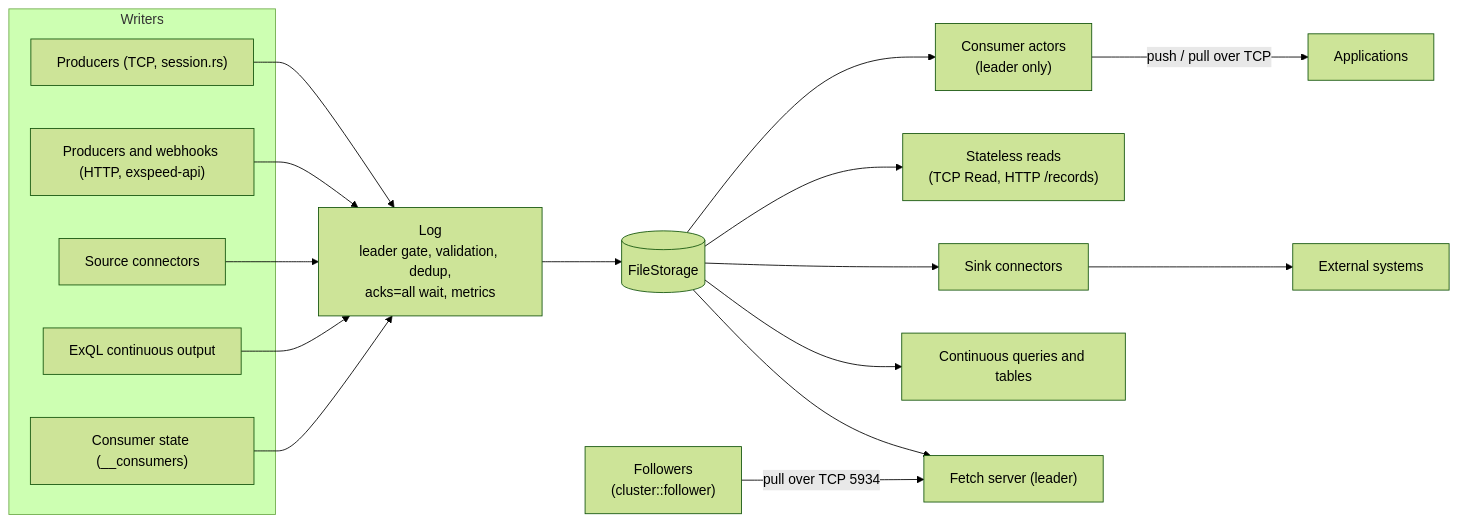
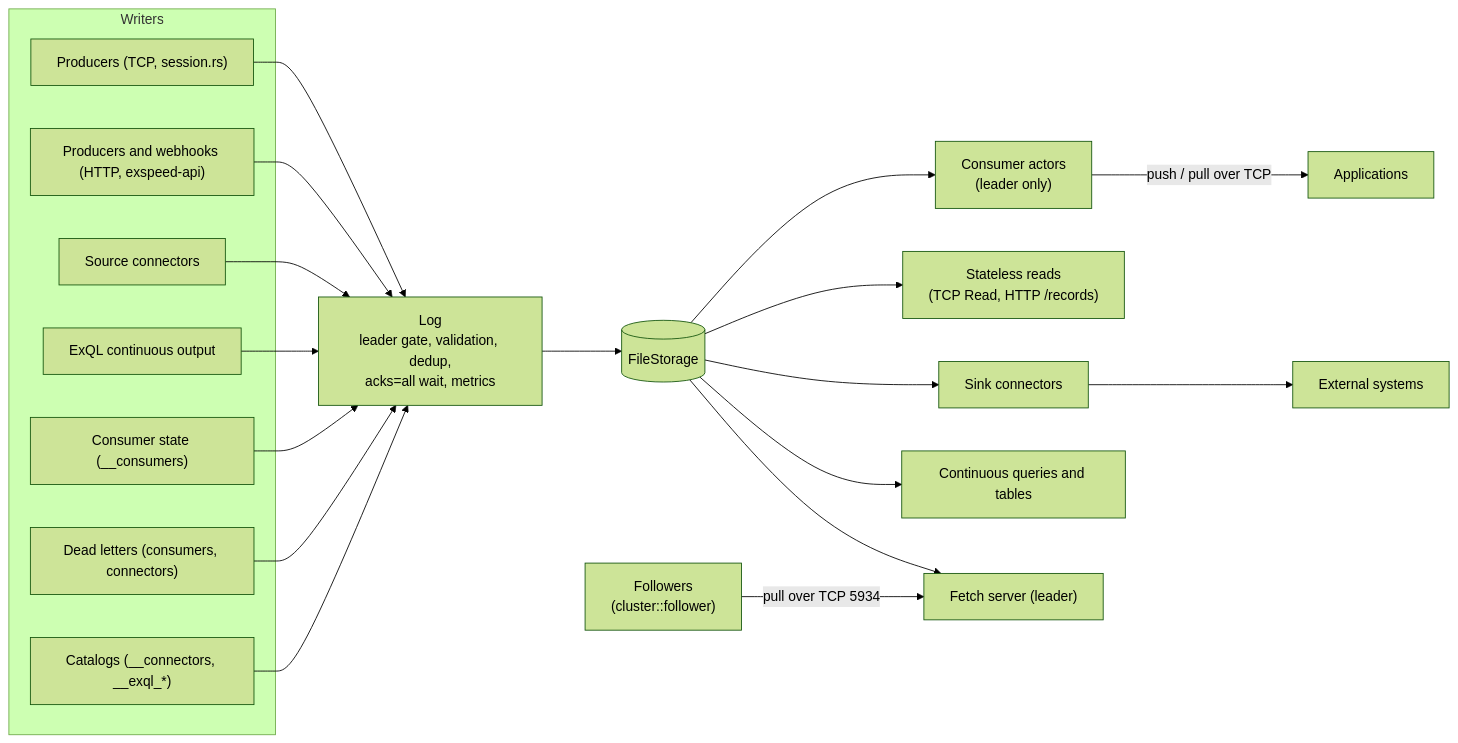
One commit to alternayte/exspeed changed the second of 3 diagrams in docs/architecture.md. Above: the diagram before and after it, drawn with Mermaid (forest theme). The commit also changed other lines of this file and 5 other files, not shown here.

First line of the commit message:
docs: evergreen architecture, protocol, HA, operations, development and bench docs

````diff
--- a/docs/architecture.md
+++ b/docs/architecture.md
@@ -43,24 +44,28 @@
 ```mermaid
 flowchart LR
   subgraph writers[Writers]
     tcp["Producers (TCP, session.rs)"]
     http["Producers and webhooks (HTTP, exspeed-api)"]
     src["Source connectors"]
     exqlout["ExQL continuous output"]
     cstate["Consumer state (__consumers)"]
+    dlq["Dead letters (consumers, connectors)"]
+    cat["Catalogs (__connectors, __exql_*)"]
   end
   log["Log<br/>leader gate, validation, dedup,<br/>acks=all wait, metrics"]
   fs[("FileStorage")]
   tcp --> log
   http --> log
   src --> log
   exqlout --> log
   cstate --> log
+  dlq --> log
+  cat --> log
   log --> fs
   fs --> actors["Consumer actors<br/>(leader only)"] -->|"push / pull over TCP"| apps["Applications"]
   fs --> reads["Stateless reads<br/>(TCP Read, HTTP /records)"]
   fs --> sinks["Sink connectors"] --> ext["External systems"]
   fs --> cq["Continuous queries and tables"]
   fs --> fetch["Fetch server (leader)"]
   followers["Followers<br/>(cluster::follower)"] -->|"pull over TCP 5934"| fetch
 ```
````
